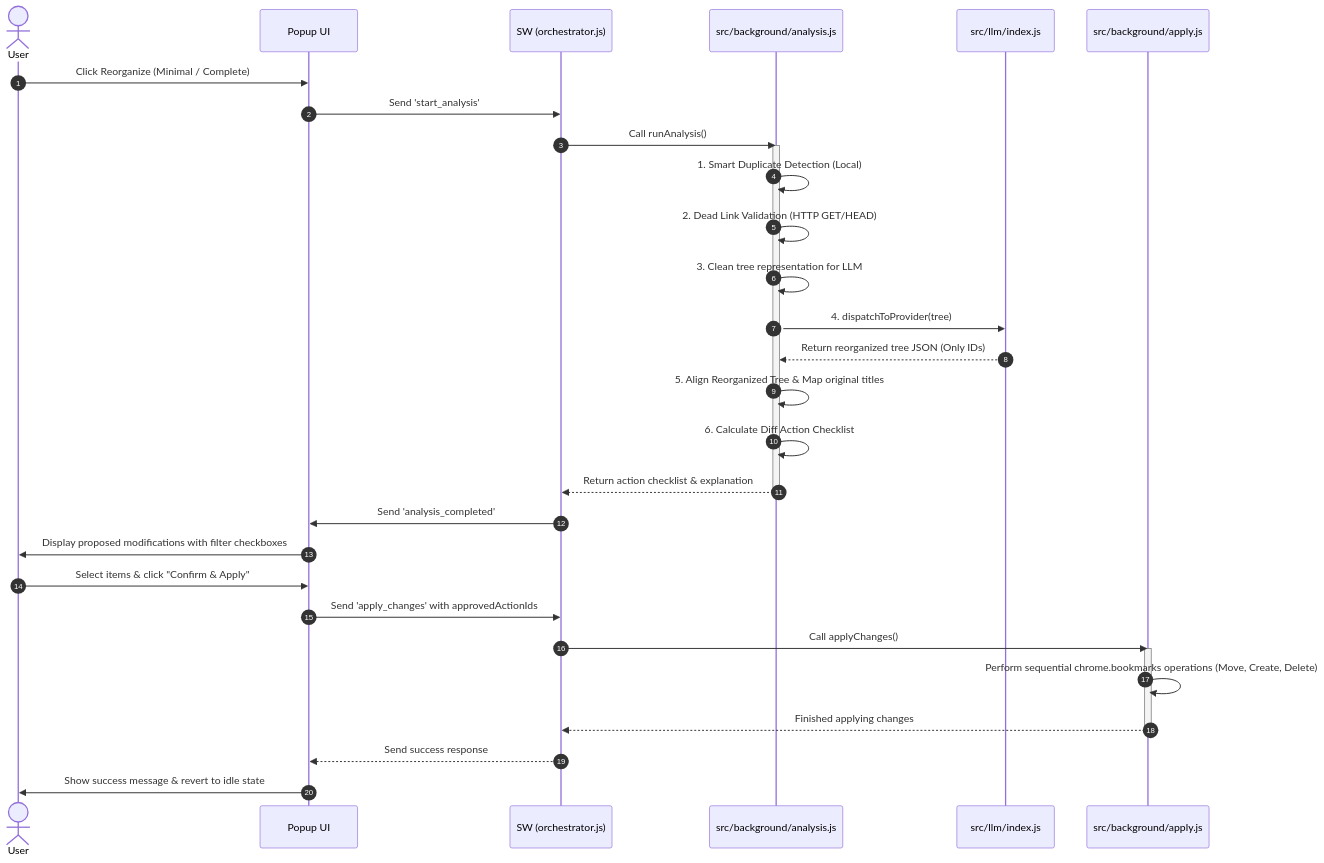
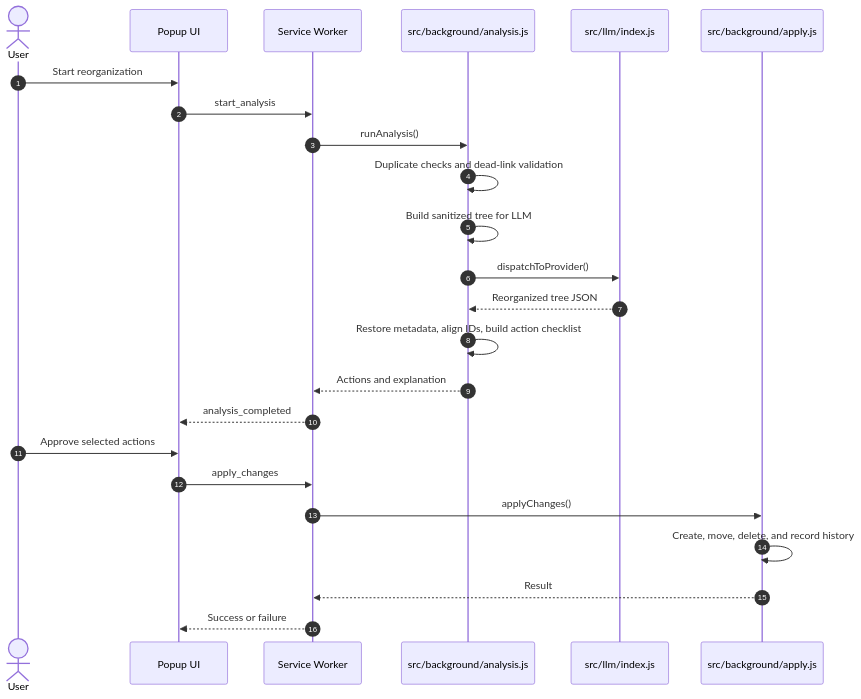
One commit to waewoo/favorai-chrome changed the diagram in AGENTS.md. Above: the diagram before and after it, drawn with Mermaid. The commit also changed other lines of this file and 7 other files, not shown here.

````diff
--- a/AGENTS.md
+++ b/AGENTS.md
@@ -159,35 +135,27 @@
 ```mermaid
 sequenceDiagram
     autonumber
     actor User
     participant UI as Popup UI
-    participant SW as SW (orchestrator.js)
-    participant Lib as src/background/analysis.js
+    participant SW as Service Worker
+    participant Analysis as src/background/analysis.js
     participant LLM as src/llm/index.js
     participant Apply as src/background/apply.js
 
-    User->>UI: Click Reorganize (Minimal / Complete)
-    UI->>SW: Send 'start_analysis'
-    SW->>Lib: Call runAnalysis()
-    activate Lib
-    Lib->>Lib: 1. Smart Duplicate Detection (Local)
-    Lib->>Lib: 2. Dead Link Validation (HTTP GET/HEAD)
-    Lib->>Lib: 3. Clean tree representation for LLM
-    Lib->>LLM: 4. dispatchToProvider(tree)
-    LLM-->>Lib: Return reorganized tree JSON (Only IDs)
-    Lib->>Lib: 5. Align Reorganized Tree & Map original titles
-    Lib->>Lib: 6. Calculate Diff Action Checklist
-    Lib-->>SW: Return action checklist & explanation
-    deactivate Lib
-    SW->>UI: Send 'analysis_completed'
-    UI->>User: Display proposed modifications with filter checkboxes
-    User->>UI: Select items & click "Confirm & Apply"
-    UI->>SW: Send 'apply_changes' with approvedActionIds
-    SW->>Apply: Call applyChanges()
-    activate Apply
-    Apply->>Apply: Perform sequential chrome.bookmarks operations (Move, Create, Delete)
-    Apply-->>SW: Finished applying changes
-    deactivate Apply
-    SW-->>UI: Send success response
-    UI->>User: Show success message & revert to idle state
+    User->>UI: Start reorganization
+    UI->>SW: start_analysis
+    SW->>Analysis: runAnalysis()
+    Analysis->>Analysis: Duplicate checks and dead-link validation
+    Analysis->>Analysis: Build sanitized tree for LLM
+    Analysis->>LLM: dispatchToProvider()
+    LLM-->>Analysis: Reorganized tree JSON
+    Analysis->>Analysis: Restore metadata, align IDs, build action checklist
+    Analysis-->>SW: Actions and explanation
+    SW-->>UI: analysis_completed
+    User->>UI: Approve selected actions
+    UI->>SW: apply_changes
+    SW->>Apply: applyChanges()
+    Apply->>Apply: Create, move, delete, and record history
+    Apply-->>SW: Result
+    SW-->>UI: Success or failure
 ```
````
